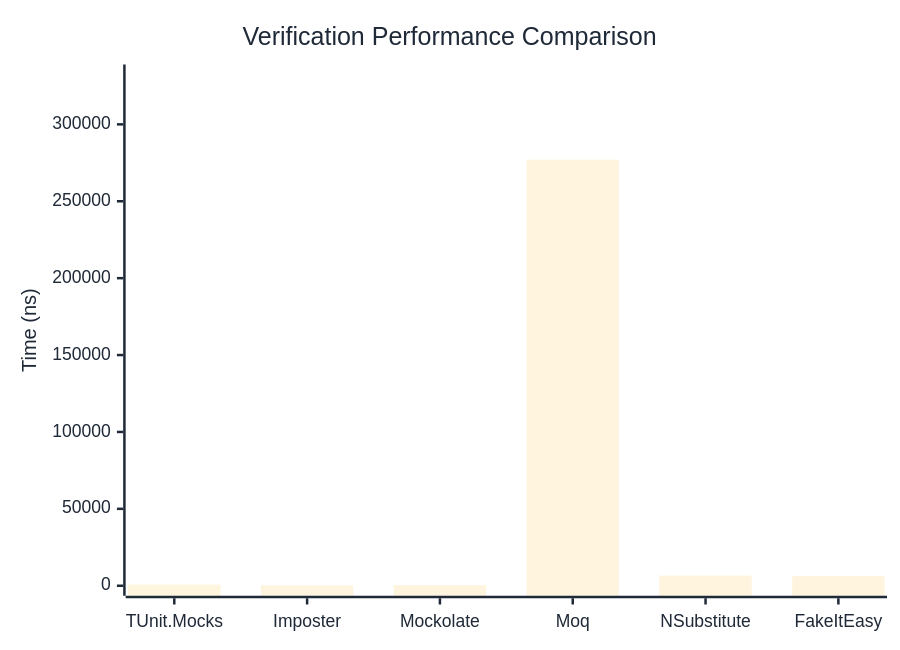
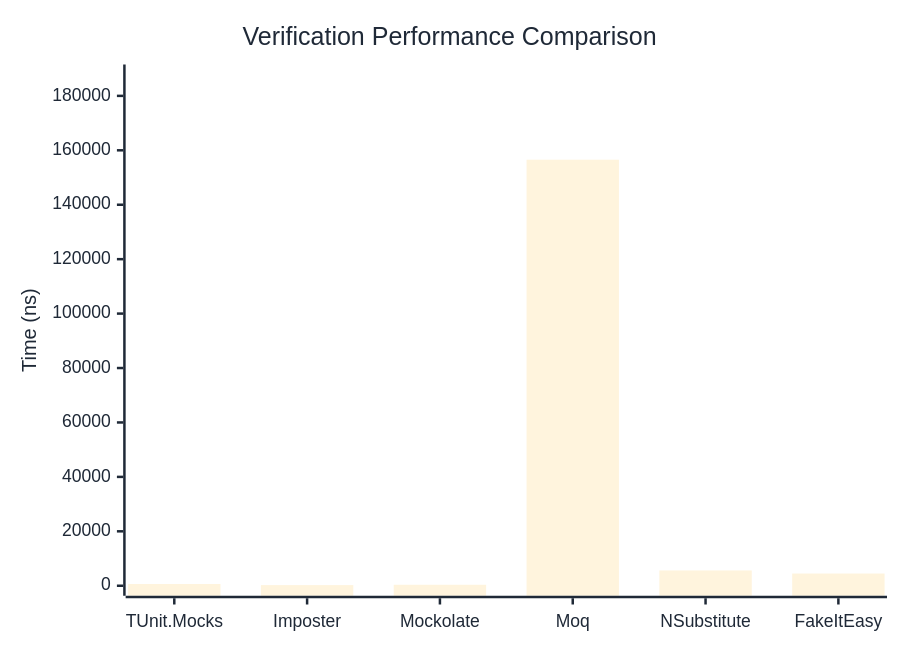
The first of 3 diagrams in docs/docs/benchmarks/mocks/Verification.md (thomhurst/TUnit), drawn with Mermaid before and after one commit. The commit also changed other lines of this file and 14 other files, not shown here.

````diff
--- a/docs/docs/benchmarks/mocks/Verification.md
+++ b/docs/docs/benchmarks/mocks/Verification.md
@@ -30,27 +30,27 @@
 ```mermaid
 %%{init: {
   'theme':'base',
   'themeVariables': {
     'primaryColor': '#2563eb',
     'primaryTextColor': '#1f2937',
     'primaryBorderColor': '#1e40af',
     'lineColor': '#6b7280',
     'secondaryColor': '#7c3aed',
     'tertiaryColor': '#dc2626',
     'background': '#ffffff',
     'pie1': '#2563eb',
     'pie2': '#7c3aed',
     'pie3': '#dc2626',
     'pie4': '#f59e0b',
     'pie5': '#10b981',
     'pie6': '#06b6d4',
     'pie7': '#ec4899',
     'pie8': '#6366f1'
   }
 }}%%
 xychart-beta
   title "Verification Performance Comparison"
   x-axis ["TUnit.Mocks", "Imposter", "Mockolate", "Moq", "NSubstitute", "FakeItEasy"]
-  y-axis "Time (ns)" 0 --> 332423
-  bar [736.37, 277.96, 389.24, 277018.99, 6573.57, 6287.98]
+  y-axis "Time (ns)" 0 --> 187853
+  bar [637.29, 242.59, 365.73, 156543.96, 5620.25, 4485.99]
 ```
````
